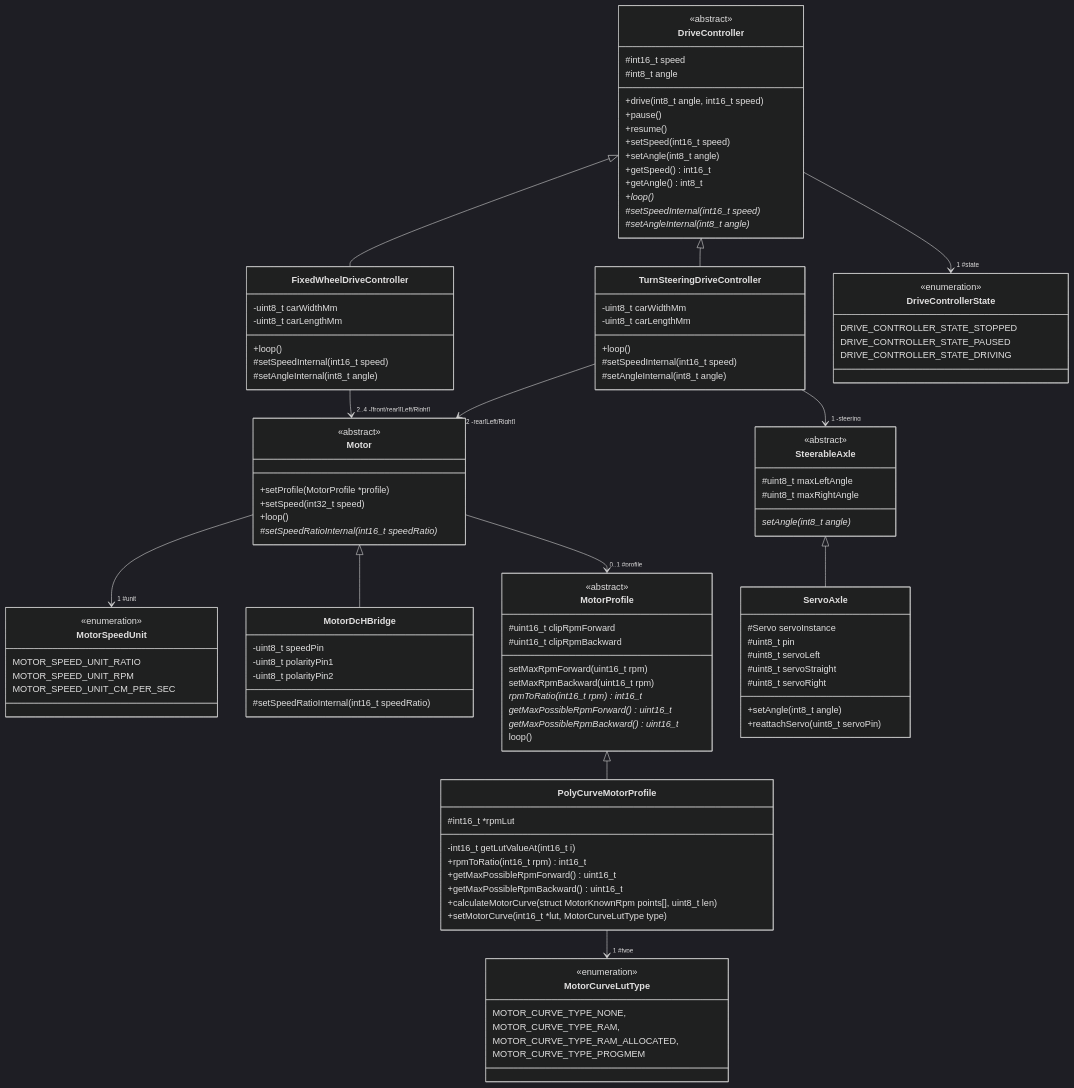
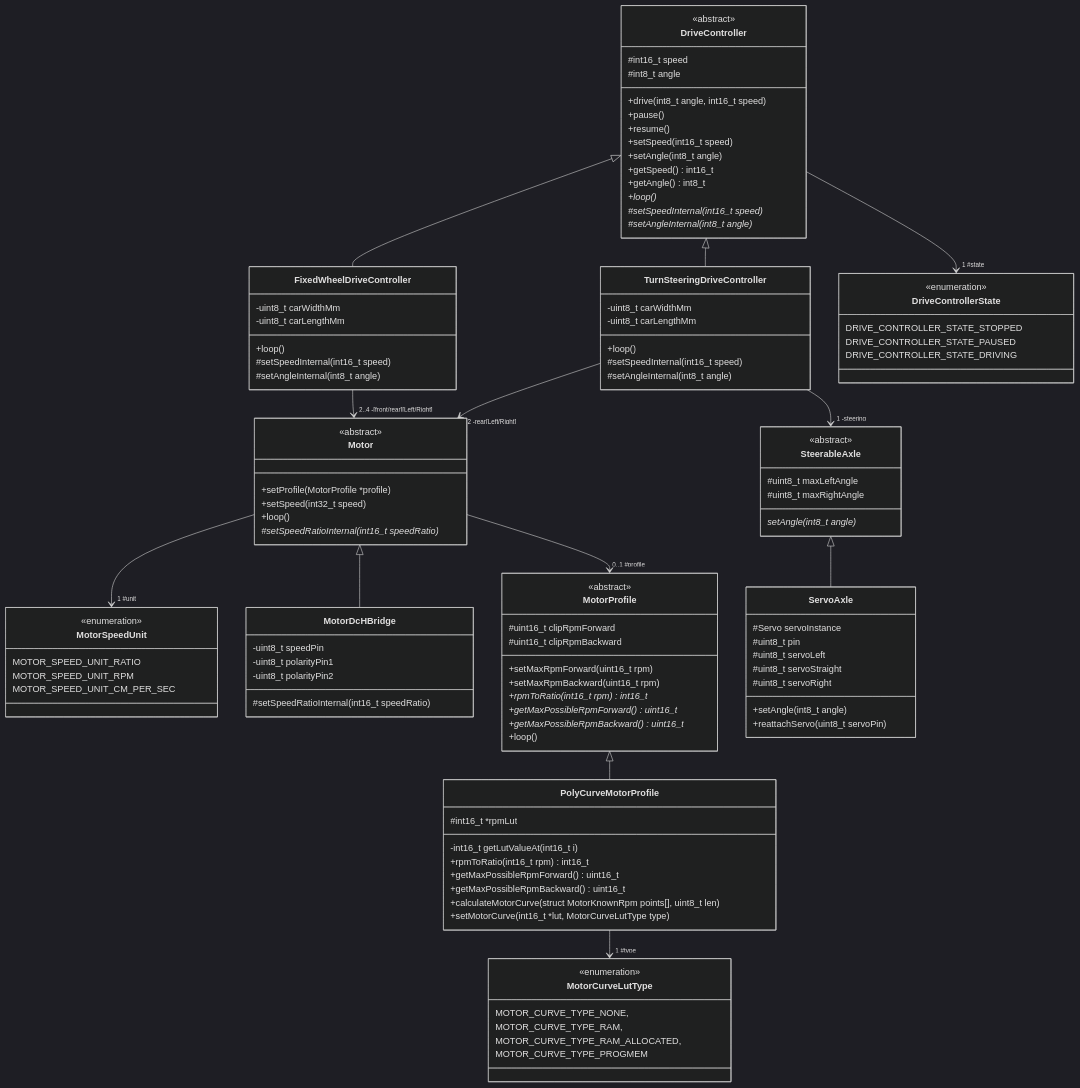
One commit to SQA-Robo-Lab/Sofdcar-HAL changed the fourth of 6 diagrams in README.md. Above: the diagram before and after it, drawn with Mermaid (dark theme). The commit also changed other lines of this file, not shown here.

Commit message:
Simplified diagrams

````diff
--- a/README.md
+++ b/README.md
@@ -88,14 +170,14 @@
         #uint16_t clipRpmForward
         #uint16_t clipRpmBackward
 
-        setMaxRpmForward(uint16_t rpm)
-        setMaxRpmBackward(uint16_t rpm)
+        +setMaxRpmForward(uint16_t rpm)
+        +setMaxRpmBackward(uint16_t rpm)
 
-        rpmToRatio(int16_t rpm) int16_t*
-        getMaxPossibleRpmForward() uint16_t*
-        getMaxPossibleRpmBackward() uint16_t*
+        +rpmToRatio(int16_t rpm) int16_t*
+        +getMaxPossibleRpmForward() uint16_t*
+        +getMaxPossibleRpmBackward() uint16_t*
 
-        loop()
+        +loop()
     }
 
     class PolyCurveMotorProfile {
@@ -110,7 +192,6 @@
         +calculateMotorCurve(struct MotorKnownRpm points[], uint8_t len)
         +setMotorCurve(int16_t *lut, MotorCurveLutType type)
     }
-    PolyCurveMotorProfile --> "1 #type" MotorCurveLutType
 
     class MotorCurveLutType {
         <<enumeration>>
@@ -151,4 +232,5 @@
     TurnSteeringDriveController --> "1 -steering" SteerableAxle
     Motor --> "1 #unit" MotorSpeedUnit
     Motor --> "0..1 #profile" MotorProfile
+    PolyCurveMotorProfile --> "1 #type" MotorCurveLutType
 ```
````
